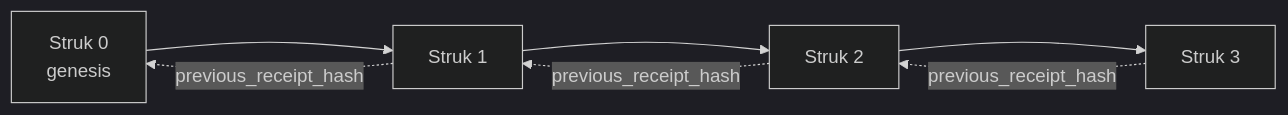
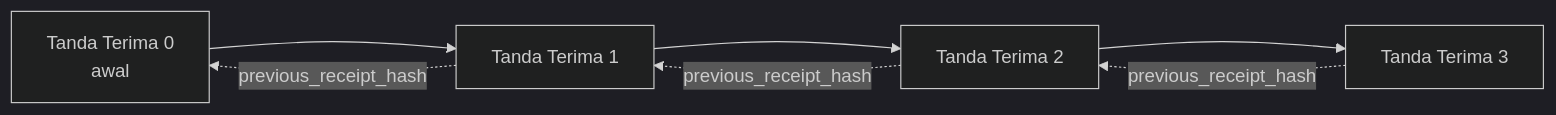
The second of 2 diagrams in mirrors/repos/microsoft@ai-agents-for-beginners/translations/id/18-securing-ai-agents/README.md (gabrielmoreira/agent-skills-mirror), drawn with Mermaid (dark theme) before and after one commit. The commit also changed other lines of this file and 8886 other files, not shown here.

````diff
--- a/mirrors/repos/microsoft@ai-agents-for-beginners/translations/id/18-securing-ai-agents/README.md
+++ b/mirrors/repos/microsoft@ai-agents-for-beginners/translations/id/18-securing-ai-agents/README.md
@@ -206,9 +206,9 @@
 ```mermaid
 flowchart LR
-    R0[Struk 0<br/>genesis] --> R1[Struk 1]
-    R1 --> R2[Struk 2]
-    R2 --> R3[Struk 3]
+    R0[Tanda Terima 0<br/>awal] --> R1[Tanda Terima 1]
+    R1 --> R2[Tanda Terima 2]
+    R2 --> R3[Tanda Terima 3]
     R1 -. previous_receipt_hash .-> R0
     R2 -. previous_receipt_hash .-> R1
     R3 -. previous_receipt_hash .-> R2
 ```
````
